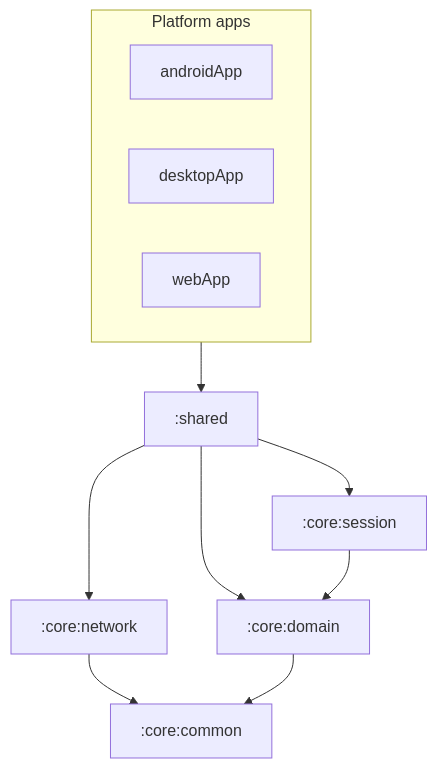
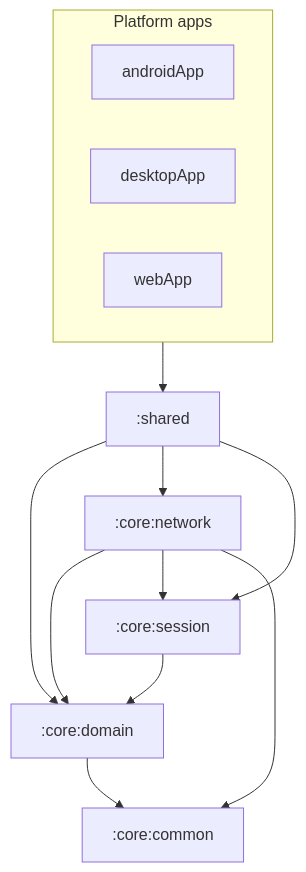
The diagram in docs/dependency-rules.md (cavidyrm/vitran-frontend), drawn with Mermaid before and after one commit. The commit also changed other lines of this file and 47 other files, not shown here.

````diff
--- a/docs/dependency-rules.md
+++ b/docs/dependency-rules.md
@@ -7,22 +7,24 @@
 ```mermaid
 flowchart TB
   subgraph apps [Platform apps]
     androidApp
     desktopApp
     webApp
   end
 
   sharedMod[":shared"]
   coreDomain[":core:domain"]
   coreNetwork[":core:network"]
   coreSession[":core:session"]
   coreCommon[":core:common"]
 
   apps --> sharedMod
   sharedMod --> coreDomain
   sharedMod --> coreNetwork
   sharedMod --> coreSession
+  coreNetwork --> coreDomain
+  coreNetwork --> coreSession
   coreNetwork --> coreCommon
   coreSession --> coreDomain
   coreDomain --> coreCommon
 ```
````
